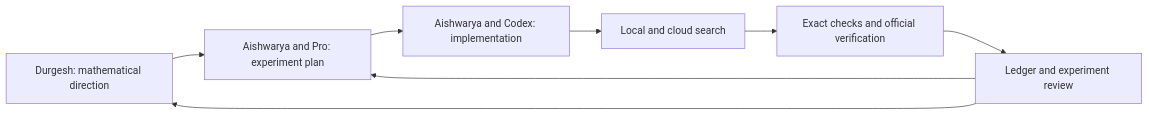
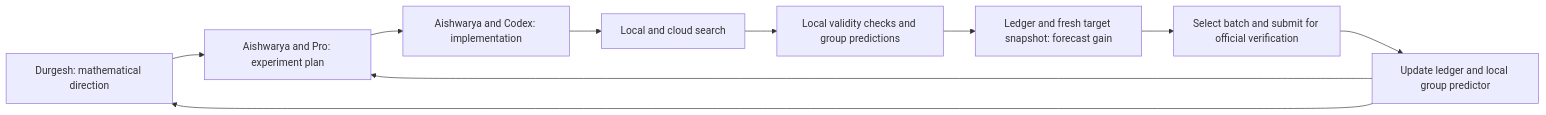
One commit to ash9241/team-dirac-igp24 changed the diagram in docs/workflow.md. Above: the diagram before and after it, drawn with Mermaid. The commit also changed other lines of this file and 15 other files, not shown here.

````diff
--- a/docs/workflow.md
+++ b/docs/workflow.md
@@ -9,10 +9,12 @@
 ```mermaid
 flowchart LR
     A[Durgesh: mathematical direction] --> B[Aishwarya and Pro: experiment plan]
     B --> C[Aishwarya and Codex: implementation]
     C --> D[Local and cloud search]
-    D --> E[Exact checks and official verification]
-    E --> F[Ledger and experiment review]
-    F --> A
-    F --> B
+    D --> E[Local validity checks and group predictions]
+    E --> F[Ledger and fresh target snapshot: forecast gain]
+    F --> G[Select batch and submit for official verification]
+    G --> H[Update ledger and local group predictor]
+    H --> A
+    H --> B
 ```
````
